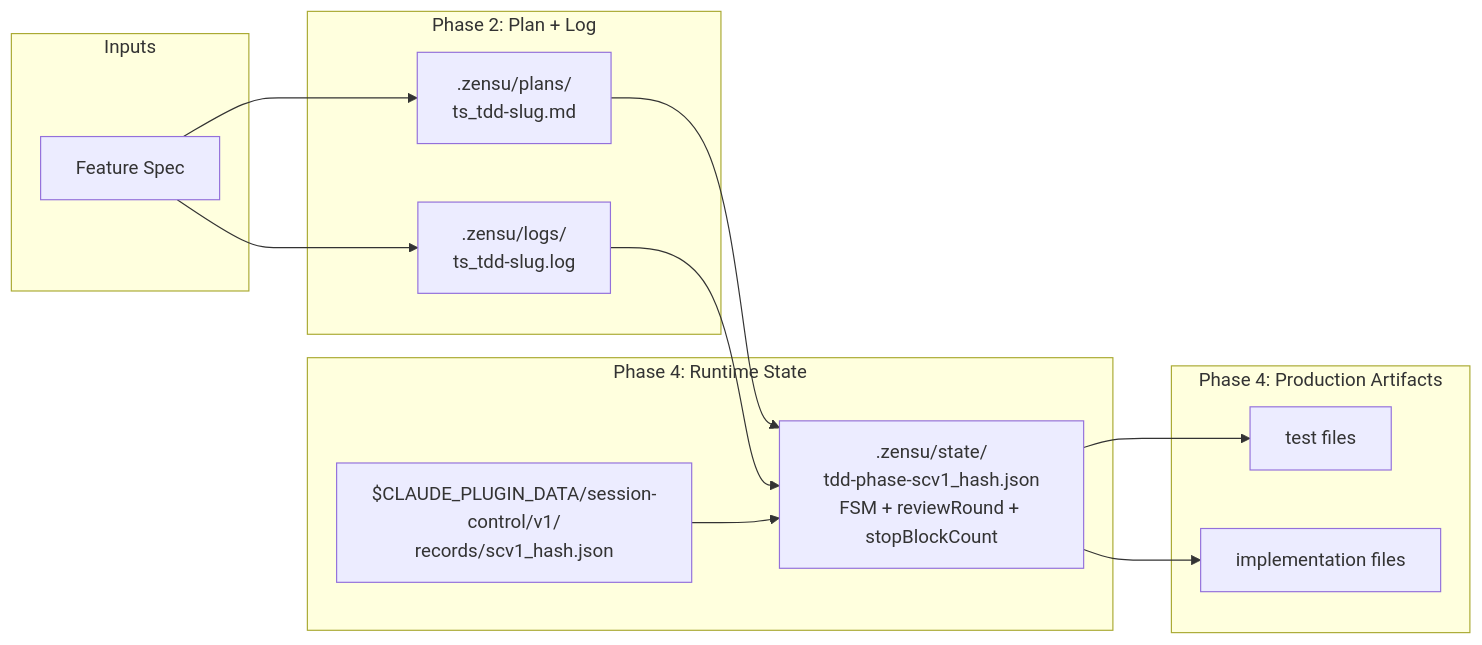
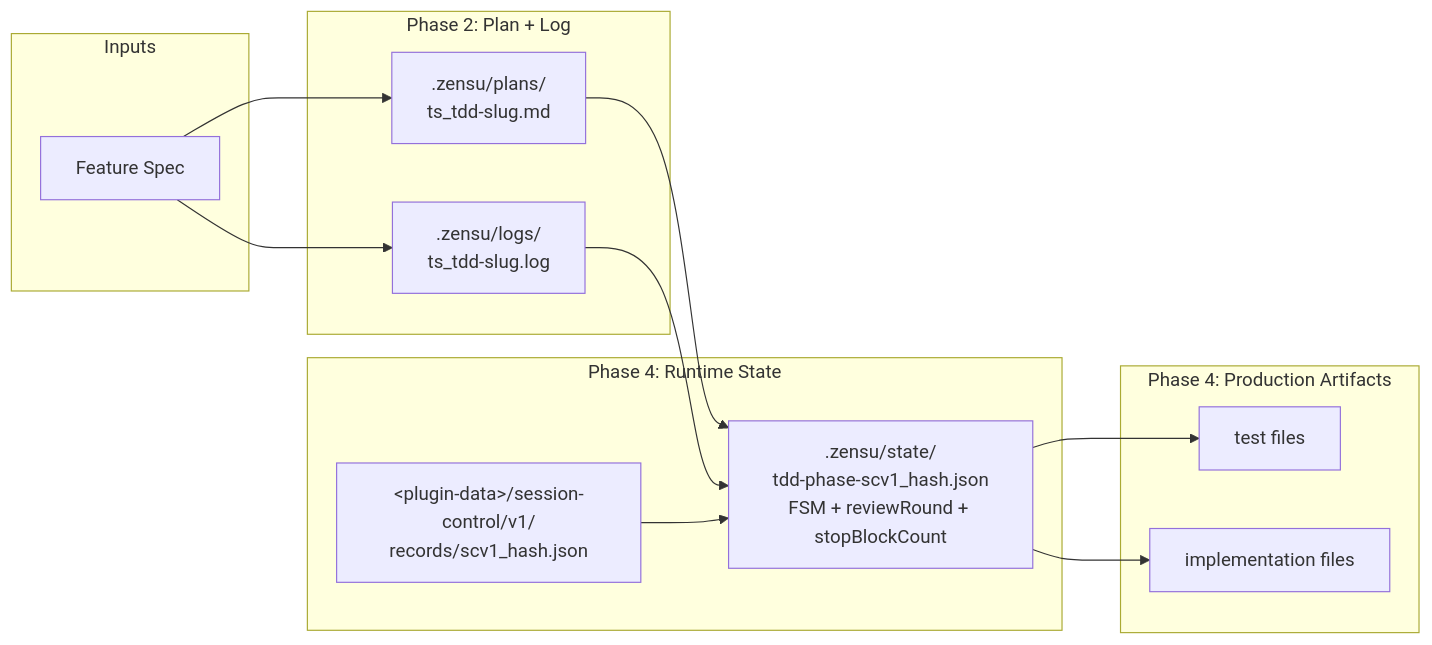
Before and after one commit to MKITConsulting/zensu-claude-code: the third of 4 diagrams in docs/tdd-manager-workflow.md, drawn with Mermaid. The commit also changed other lines of this file and 154 other files, not shown here.

````diff
--- a/docs/tdd-manager-workflow.md
+++ b/docs/tdd-manager-workflow.md
@@ -203,25 +214,25 @@
 ```mermaid
 flowchart LR
     subgraph Inputs
       Spec[Feature Spec]
     end
     subgraph Plan_Phase[Phase 2: Plan + Log]
       Plan[.zensu/plans/<br/>ts_tdd-slug.md]
       Log[.zensu/logs/<br/>ts_tdd-slug.log]
     end
     subgraph Runtime_State[Phase 4: Runtime State]
       State[.zensu/state/<br/>tdd-phase-scv1_hash.json<br/>FSM + reviewRound + stopBlockCount]
-      Context[$CLAUDE_PLUGIN_DATA/session-control/v1/<br/>records/scv1_hash.json]
+      Context[&lt;plugin-data&gt;/session-control/v1/<br/>records/scv1_hash.json]
     end
     subgraph Production[Phase 4: Production Artifacts]
       Tests[test files]
       Code[implementation files]
     end
     Spec --> Plan
     Spec --> Log
     Plan --> State
     Log --> State
     Context --> State
     State --> Tests
     State --> Code
 ```
````
